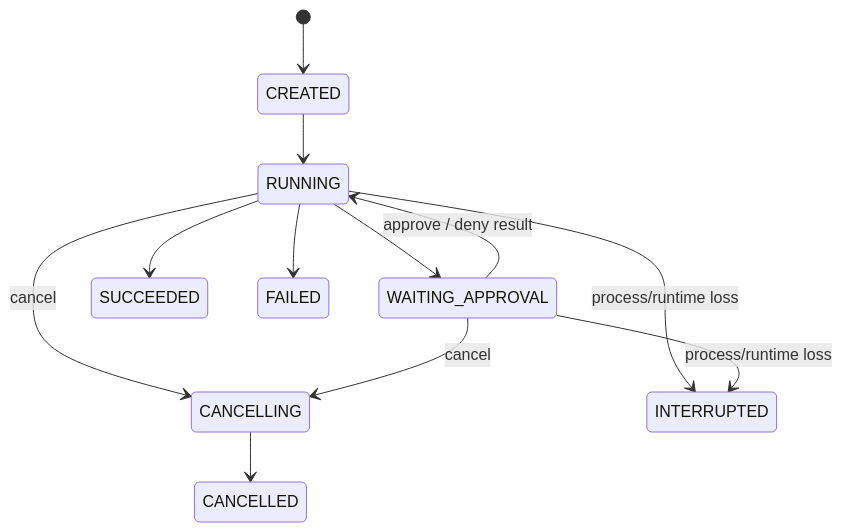
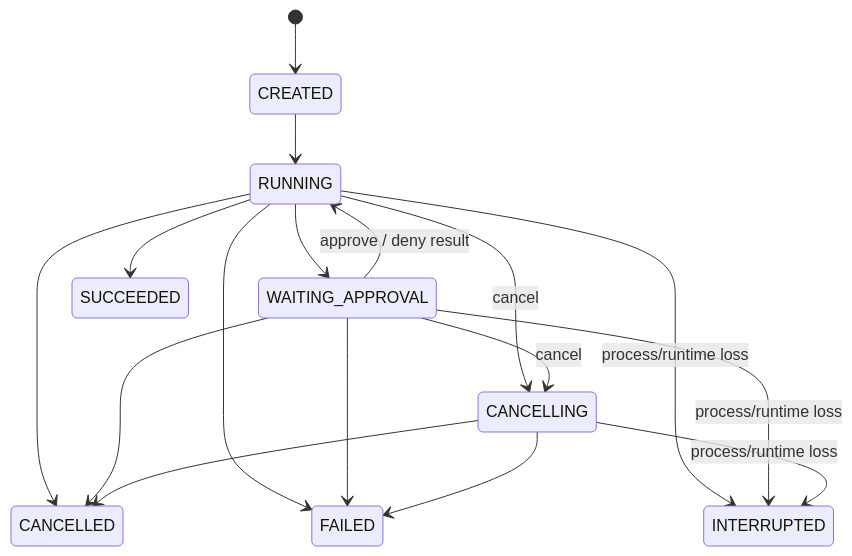
One commit to Hehejie1/NoteMeld changed the second of 2 diagrams in docs/superpowers/specs/2026-08-14-universal-agent-sdk-unified-cli-design.md. Above: the diagram before and after it, drawn with Mermaid. The commit also changed other lines of this file and 9 other files, not shown here.

````diff
--- a/docs/superpowers/specs/2026-08-14-universal-agent-sdk-unified-cli-design.md
+++ b/docs/superpowers/specs/2026-08-14-universal-agent-sdk-unified-cli-design.md
@@ -207,14 +207,19 @@
 ```mermaid
 stateDiagram-v2
     [*] --> CREATED
     CREATED --> RUNNING
     RUNNING --> WAITING_APPROVAL
     WAITING_APPROVAL --> RUNNING: approve / deny result
     RUNNING --> CANCELLING: cancel
     WAITING_APPROVAL --> CANCELLING: cancel
-    CANCELLING --> CANCELLED
     RUNNING --> SUCCEEDED
     RUNNING --> FAILED
+    RUNNING --> CANCELLED
     RUNNING --> INTERRUPTED: process/runtime loss
+    WAITING_APPROVAL --> FAILED
+    WAITING_APPROVAL --> CANCELLED
     WAITING_APPROVAL --> INTERRUPTED: process/runtime loss
+    CANCELLING --> CANCELLED
+    CANCELLING --> FAILED
+    CANCELLING --> INTERRUPTED: process/runtime loss
 ```
````
